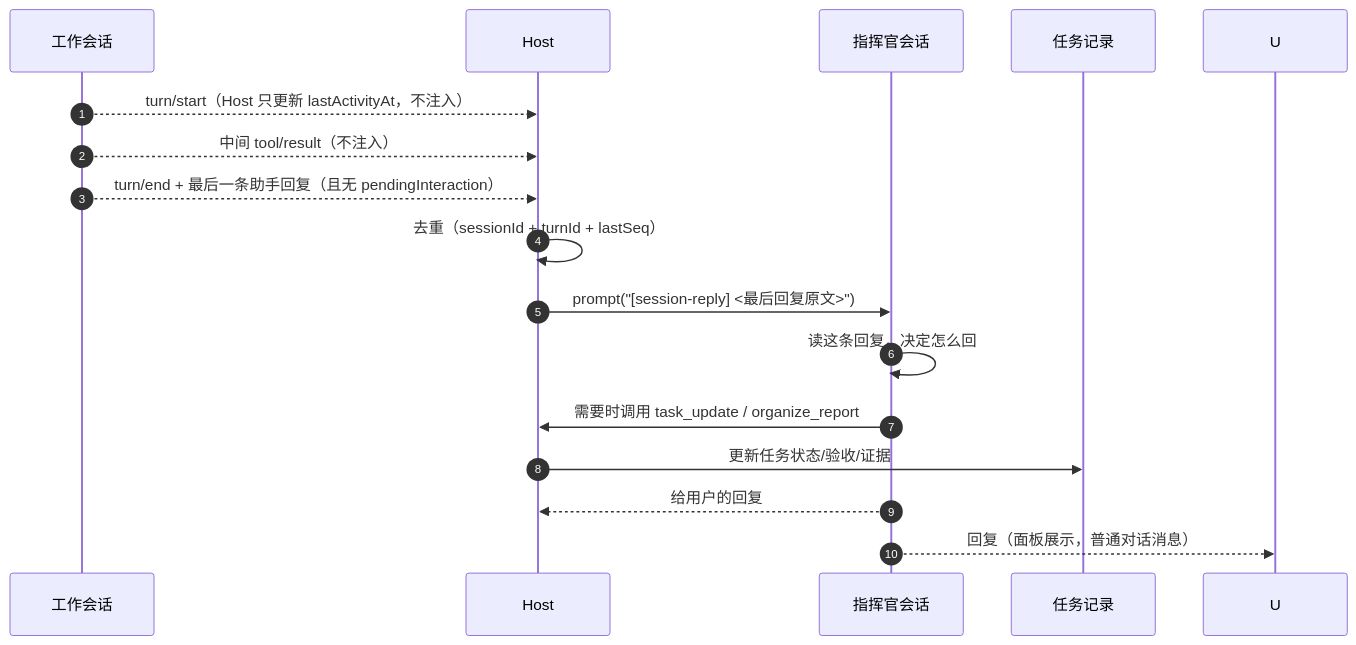
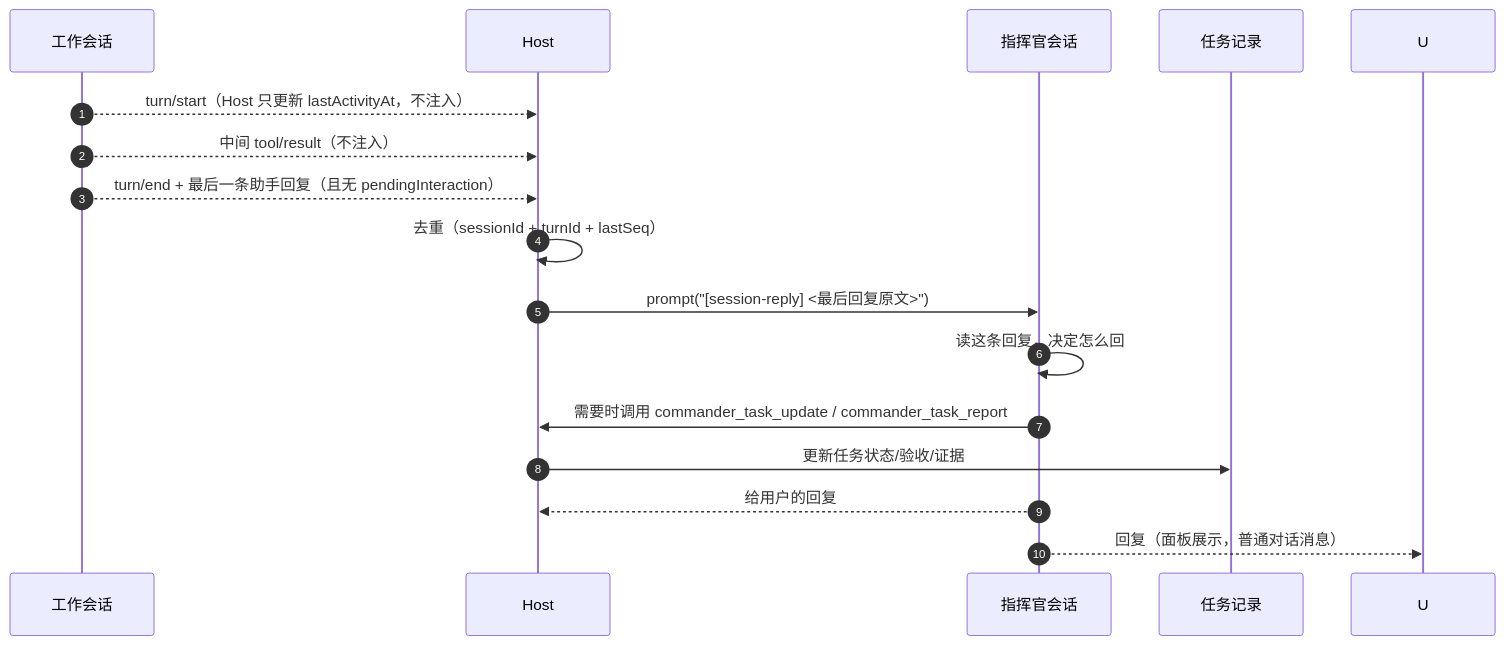
The third of 5 diagrams in docs/ARCHITECTURE.md (xx529/dsh-commander), drawn with Mermaid before and after one commit. The commit also changed other lines of this file and 442 other files, not shown here.

````diff
--- a/docs/ARCHITECTURE.md
+++ b/docs/ARCHITECTURE.md
@@ -115,19 +116,19 @@
 ```mermaid
 sequenceDiagram
   autonumber
   participant WS as 工作会话
   participant H as Host
   participant CS as 指挥官会话
   participant B as 任务记录
 
   WS-->>H: turn/start（Host 只更新 lastActivityAt，不注入）
   WS-->>H: 中间 tool/result（不注入）
   WS-->>H: turn/end + 最后一条助手回复（且无 pendingInteraction）
   H->>H: 去重（sessionId + turnId + lastSeq）
   H->>CS: prompt("[session-reply] <最后回复原文>")
   CS->>CS: 读这条回复，决定怎么回
-  CS->>H: 需要时调用 task_update / organize_report
+  CS->>H: 需要时调用 commander_task_update / commander_task_report
   H->>B: 更新任务状态/验收/证据
   CS-->>H: 给用户的回复
   CS-->>U: 回复（面板展示，普通对话消息）
 ```
````
